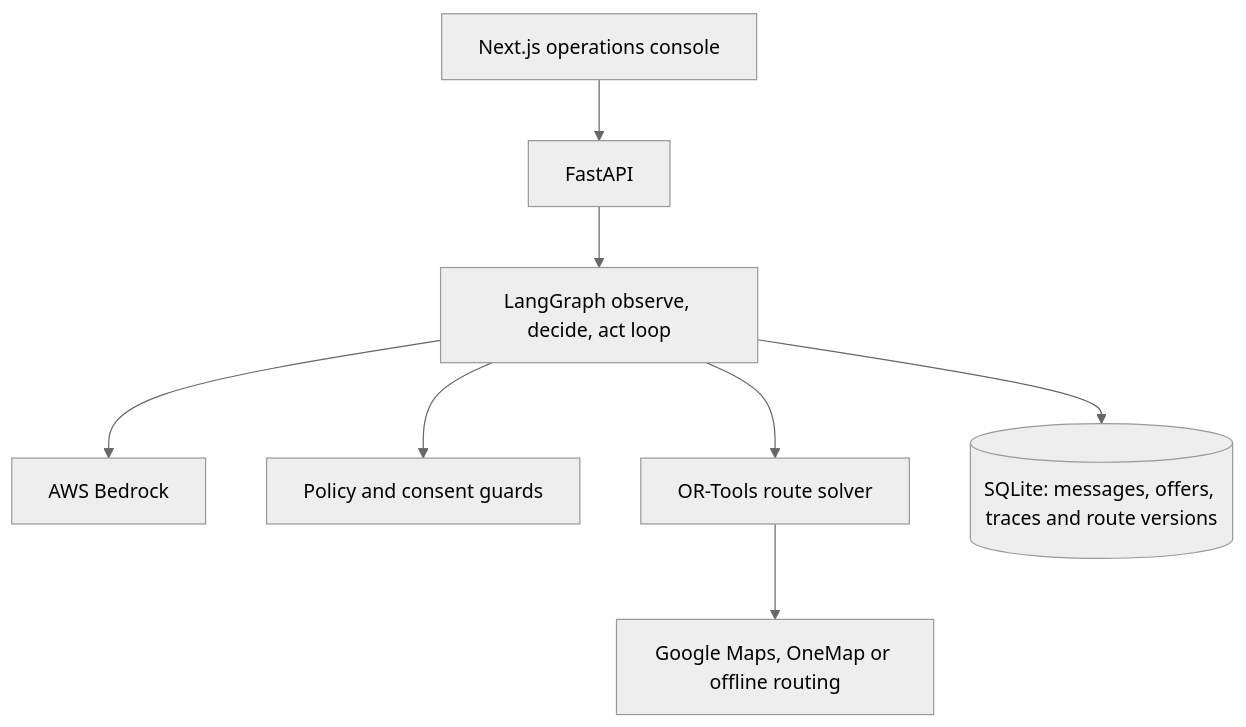
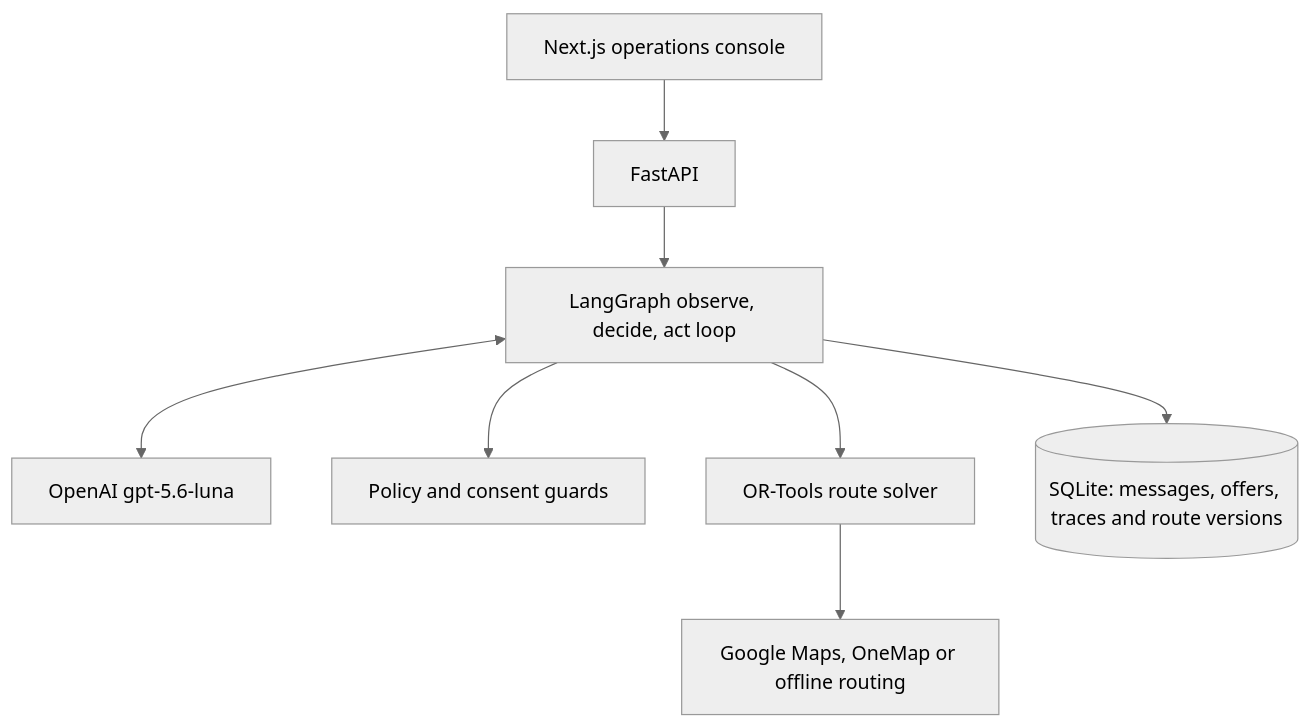
Before and after one commit to Stephensaleh1601/Delivery-Schedule-Agent: the second of 2 diagrams in README.md, drawn with Mermaid (neutral theme). The commit also changed other lines of this file, not shown here.

````diff
--- a/README.md
+++ b/README.md
@@ -112,10 +112,10 @@
 ```mermaid
 flowchart TB
     UI[Next.js operations console] --> API[FastAPI]
     API --> G[LangGraph observe, decide, act loop]
-    G --> B[AWS Bedrock]
+    G <--> M[OpenAI gpt-5.6-luna]
     G --> P[Policy and consent guards]
     G --> O[OR-Tools route solver]
     O --> R[Google Maps, OneMap or offline routing]
     G --> DB[(SQLite: messages, offers, traces and route versions)]
 ```
````
